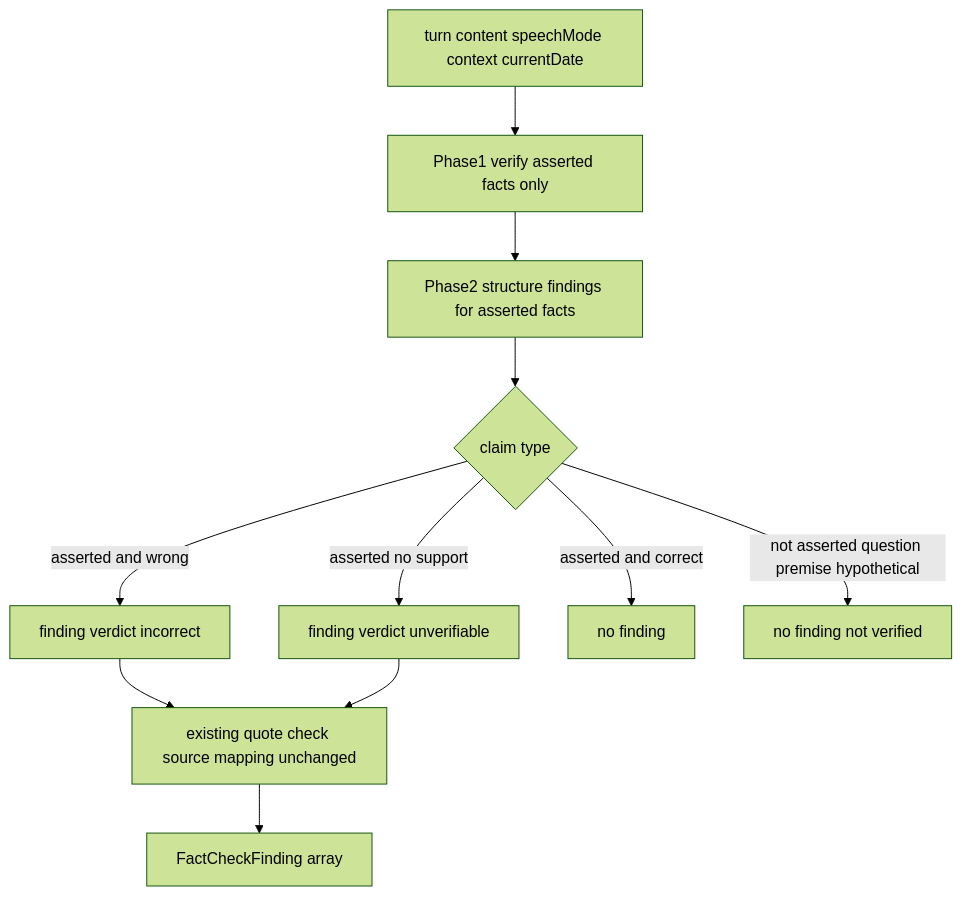
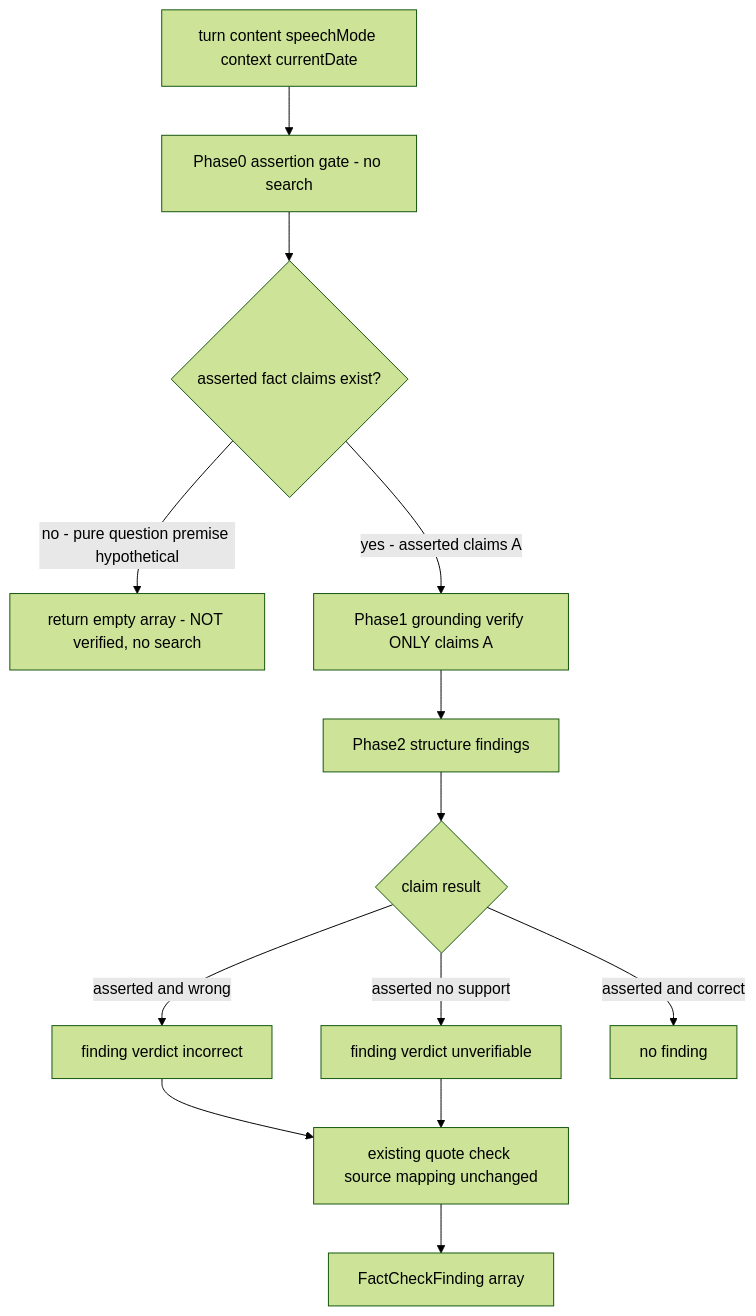
Before and after one commit to iyodatakashi/logotope: the second of 2 diagrams in .kiro/specs/fact-check-validity-improvement/design.md, drawn with Mermaid (forest theme). The commit also changed other lines of this file and 3 other files, not shown here.

````diff
--- a/.kiro/specs/fact-check-validity-improvement/design.md
+++ b/.kiro/specs/fact-check-validity-improvement/design.md
@@ -111,13 +129,15 @@
 ```mermaid
 flowchart TD
-    Start[turn content speechMode context currentDate] --> P1[Phase1 verify asserted facts only]
-    P1 --> P2[Phase2 structure findings for asserted facts]
-    P2 --> Decide{claim type}
+    Start[turn content speechMode context currentDate] --> P0[Phase0 assertion gate - no search]
+    P0 --> HasAssert{asserted fact claims exist?}
+    HasAssert -->|no - pure question premise hypothetical| None0[return empty array - NOT verified, no search]
+    HasAssert -->|yes - asserted claims A| P1[Phase1 grounding verify ONLY claims A]
+    P1 --> P2[Phase2 structure findings]
+    P2 --> Decide{claim result}
     Decide -->|asserted and wrong| Inc[finding verdict incorrect]
     Decide -->|asserted no support| Unv[finding verdict unverifiable]
     Decide -->|asserted and correct| None1[no finding]
-    Decide -->|not asserted question premise hypothetical| None2[no finding not verified]
     Inc --> Guard[existing quote check source mapping unchanged]
     Unv --> Guard
     Guard --> Out[FactCheckFinding array]
 ```
````
